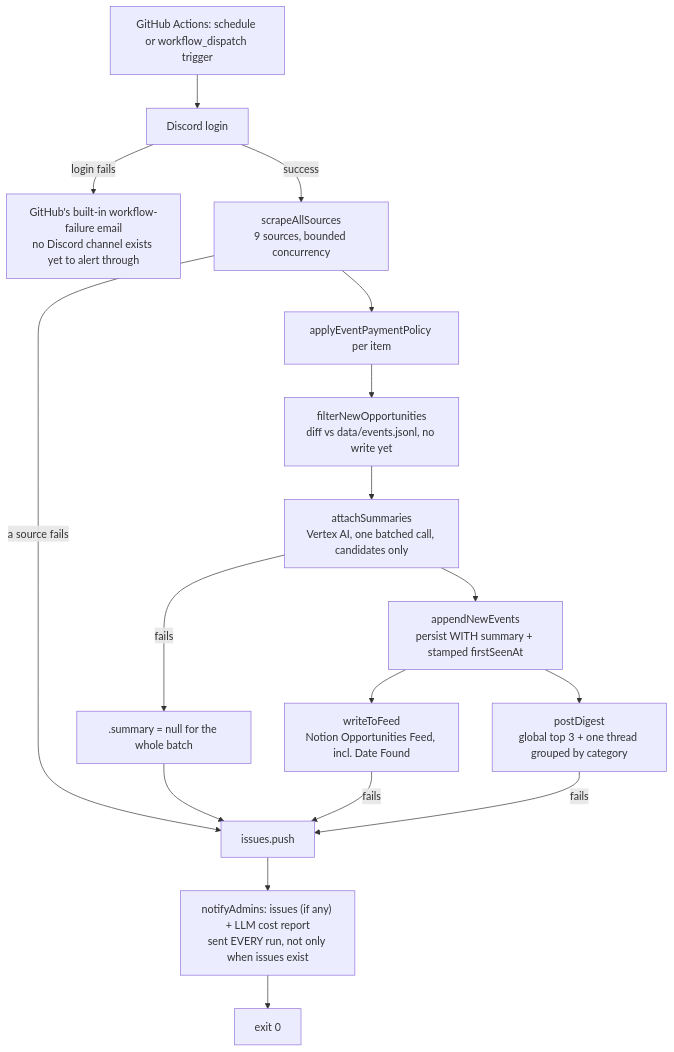
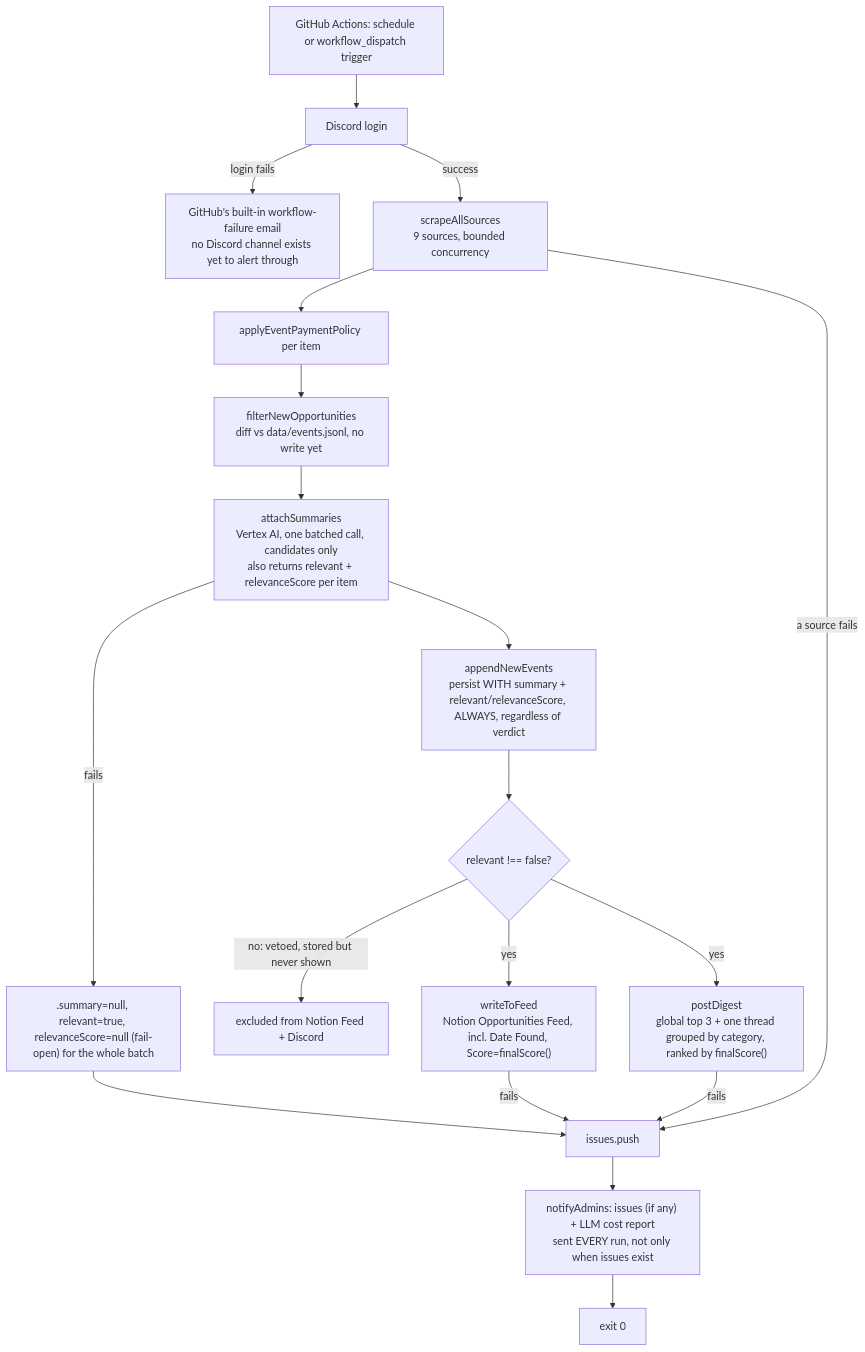
Before and after one commit to nihlt/opps-bot-for-discord: the diagram in docs/architecture.md, drawn with Mermaid. The commit also changed other lines of this file and 18 other files, not shown here.

````diff
--- a/docs/architecture.md
+++ b/docs/architecture.md
@@ -7,19 +7,21 @@
 ```mermaid
 flowchart TD
     T[GitHub Actions: schedule or workflow_dispatch trigger] --> L[Discord login]
     L -->|login fails| G["GitHub's built-in workflow-failure email<br/>no Discord channel exists yet to alert through"]
     L -->|success| S["scrapeAllSources<br/>9 sources, bounded concurrency"]
     S --> P[applyEventPaymentPolicy per item]
     P --> F["filterNewOpportunities<br/>diff vs data/events.jsonl, no write yet"]
-    F --> V["attachSummaries<br/>Vertex AI, one batched call, candidates only"]
-    V -->|fails| V2[".summary = null for the whole batch"]
-    V --> D["appendNewEvents<br/>persist WITH summary + stamped firstSeenAt"]
-    D --> N["writeToFeed<br/>Notion Opportunities Feed, incl. Date Found"]
-    D --> C["postDigest<br/>global top 3 + one thread grouped by category"]
+    F --> V["attachSummaries<br/>Vertex AI, one batched call, candidates only<br/>also returns relevant + relevanceScore per item"]
+    V -->|fails| V2[".summary=null, relevant=true, relevanceScore=null (fail-open) for the whole batch"]
+    V --> D["appendNewEvents<br/>persist WITH summary + relevant/relevanceScore, ALWAYS, regardless of verdict"]
+    D --> RV{"relevant !== false?"}
+    RV -->|no: vetoed, stored but never shown| X["excluded from Notion Feed + Discord"]
+    RV -->|yes| N["writeToFeed<br/>Notion Opportunities Feed, incl. Date Found, Score=finalScore()"]
+    RV -->|yes| C["postDigest<br/>global top 3 + one thread grouped by category, ranked by finalScore()"]
     S -->|a source fails| I[issues.push]
     V2 --> I
     N -->|fails| I
     C -->|fails| I
     I --> M["notifyAdmins: issues (if any) + LLM cost report<br/>sent EVERY run, not only when issues exist"]
     M --> E["exit 0"]
 ```
````
